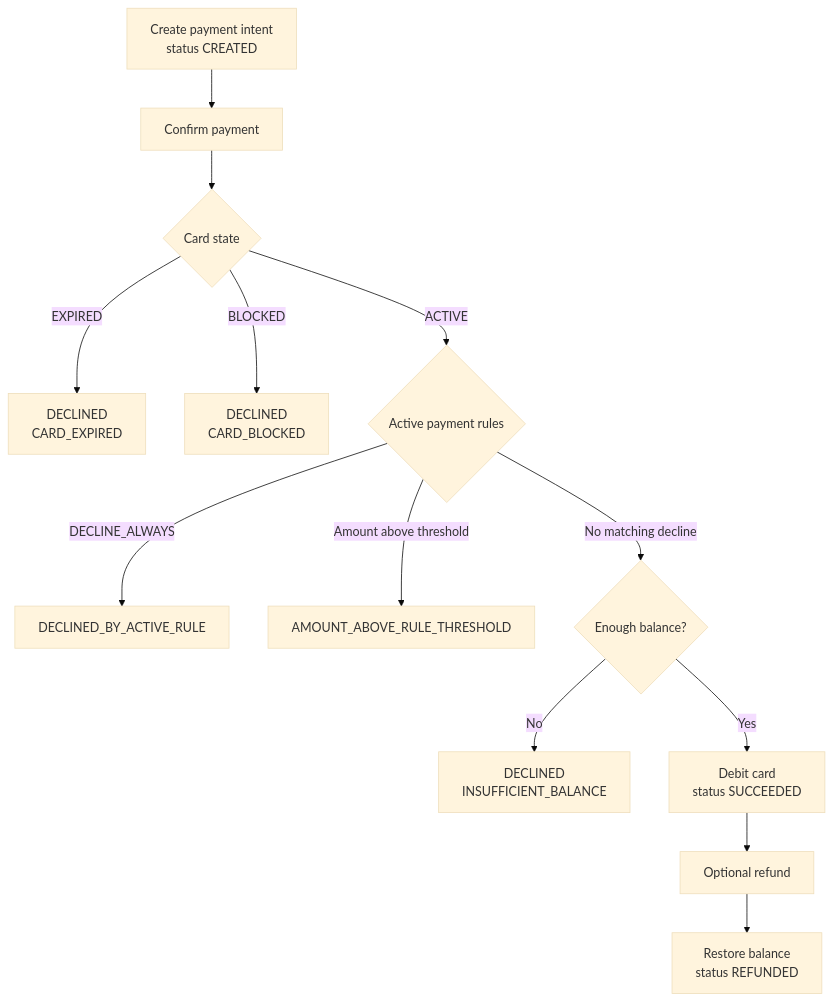
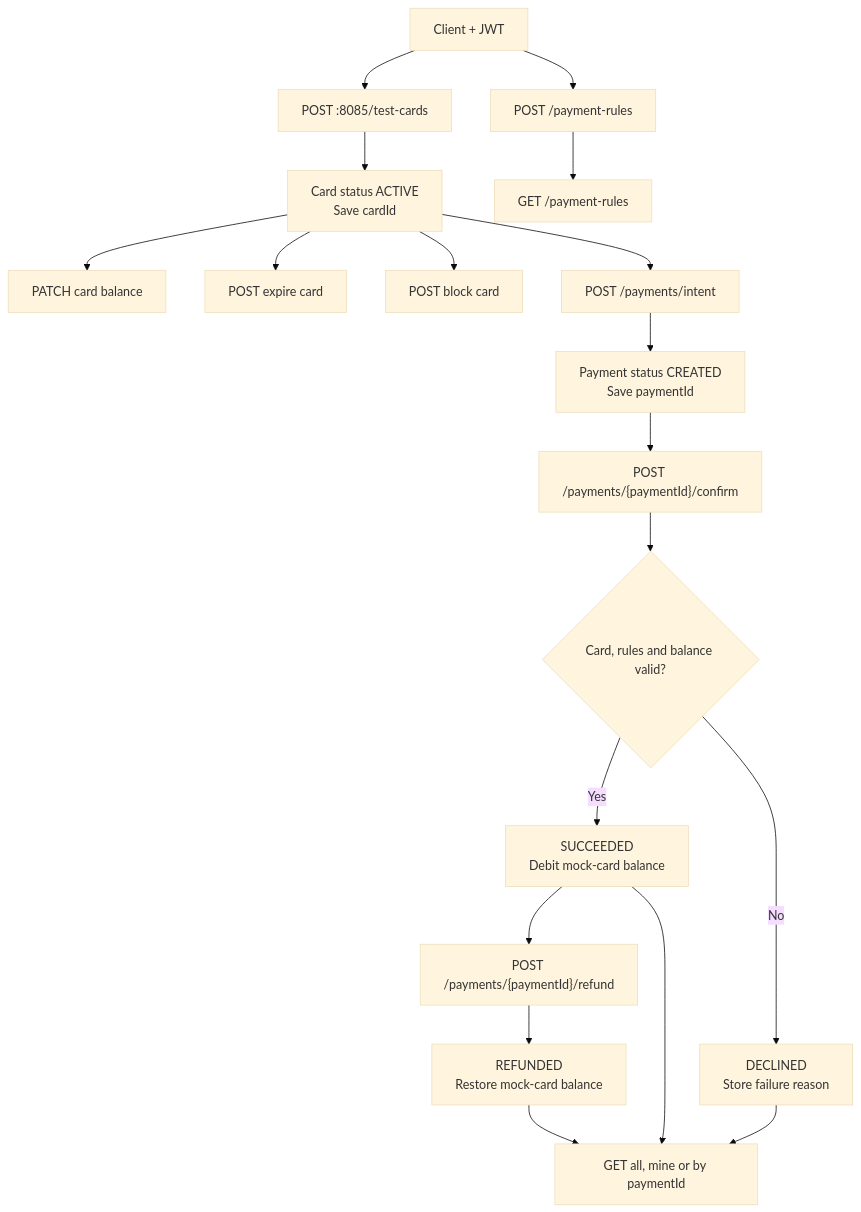
The eighth of 11 diagrams in Parking_Microservices_Architecture.md (sangeethadhatrika510-svg/test-parking-api-testing), drawn with Mermaid (base theme) before and after one commit. The commit also changed other lines of this file, not shown here.

First line of the commit message:
Update Parking_Microservices_Architecture.md

````diff
--- a/Parking_Microservices_Architecture.md
+++ b/Parking_Microservices_Architecture.md
@@ -266,18 +195,27 @@
 ```mermaid
 flowchart TD
-    Intent["Create payment intent<br/>status CREATED"] --> Confirm["Confirm payment"]
-    Confirm --> CardState{"Card state"}
+    Client["Client + JWT"] --> Card["POST :8085/test-cards"]
+    Card --> CardId["Card status ACTIVE<br/>Save cardId"]
 
-    CardState -->|EXPIRED| Expired["DECLINED<br/>CARD_EXPIRED"]
-    CardState -->|BLOCKED| Blocked["DECLINED<br/>CARD_BLOCKED"]
-    CardState -->|ACTIVE| Rules{"Active payment rules"}
+    CardId --> Balance["PATCH card balance"]
+    CardId --> Expire["POST expire card"]
+    CardId --> Block["POST block card"]
 
-    Rules -->|DECLINE_ALWAYS| RuleDecline["DECLINED_BY_ACTIVE_RULE"]
-    Rules -->|Amount above threshold| Threshold["AMOUNT_ABOVE_RULE_THRESHOLD"]
-    Rules -->|No matching decline| Balance{"Enough balance?"}
+    Client --> Rule["POST /payment-rules"]
+    Rule --> RuleList["GET /payment-rules"]
 
-    Balance -->|No| Insufficient["DECLINED<br/>INSUFFICIENT_BALANCE"]
-    Balance -->|Yes| Success["Debit card<br/>status SUCCEEDED"]
-    Success --> Refund["Optional refund"]
-    Refund --> Refunded["Restore balance<br/>status REFUNDED"]
+    CardId --> Intent["POST /payments/intent"]
+    Intent --> Created["Payment status CREATED<br/>Save paymentId"]
+    Created --> Confirm["POST /payments/{paymentId}/confirm"]
+
+    Confirm --> Decision{"Card, rules and balance valid?"}
+    Decision -->|Yes| Success["SUCCEEDED<br/>Debit mock-card balance"]
+    Decision -->|No| Declined["DECLINED<br/>Store failure reason"]
+
+    Success --> Refund["POST /payments/{paymentId}/refund"]
+    Refund --> Refunded["REFUNDED<br/>Restore mock-card balance"]
+
+    Success --> Queries["GET all, mine or by paymentId"]
+    Declined --> Queries
+    Refunded --> Queries
 ```
````
